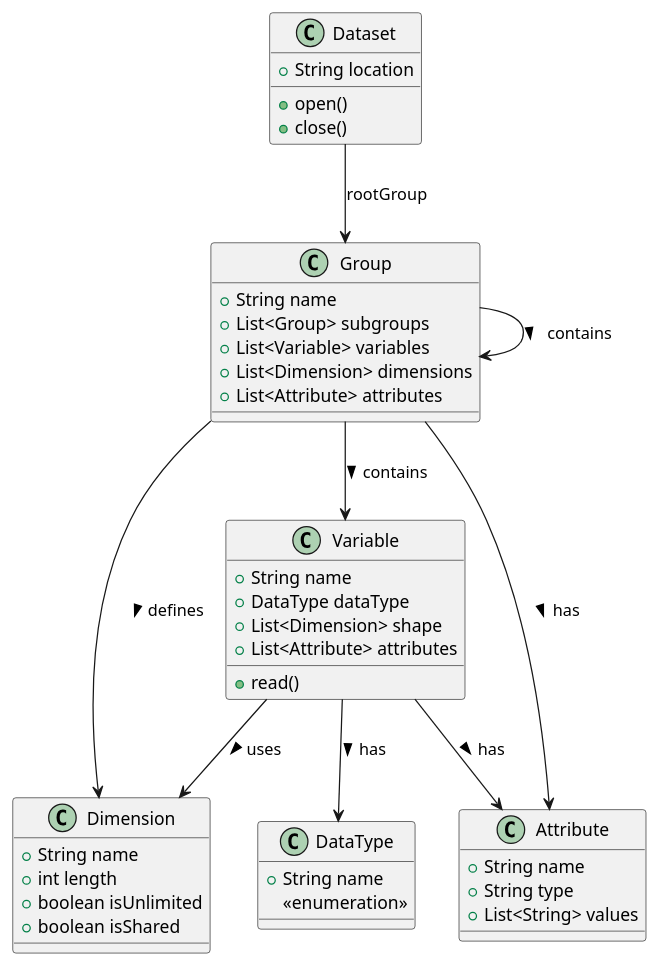
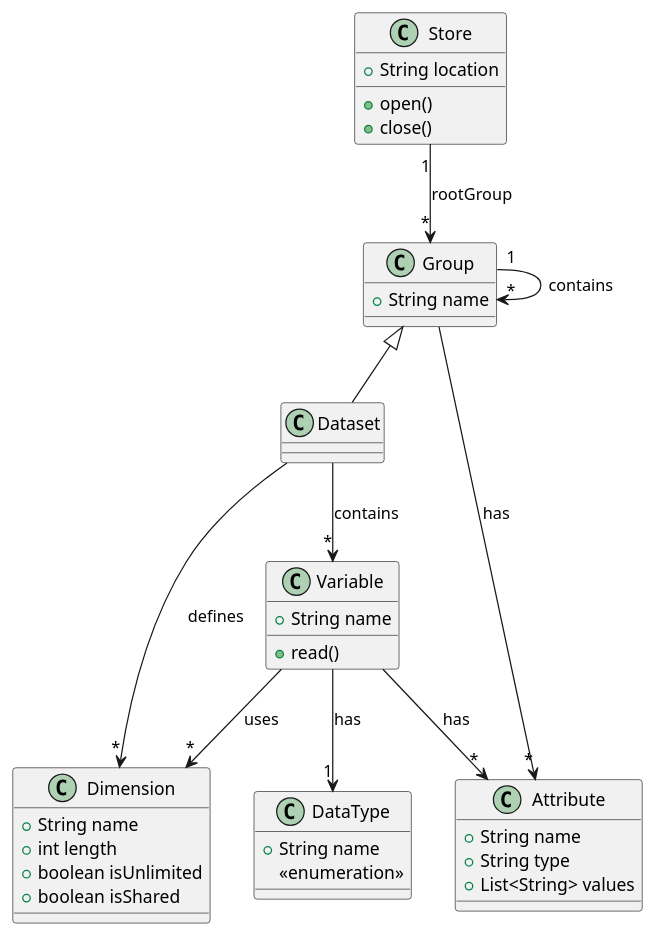
Before and after one commit to zarr-developers/geozarr-spec: the diagram in standard/template/sections/clause_7_unified_data_model.adoc, drawn with PlantUML. The commit also changed other lines of this file and 3 other files, not shown here.

```diff
--- a/standard/template/sections/clause_7_unified_data_model.adoc
+++ b/standard/template/sections/clause_7_unified_data_model.adoc
@@ -128,54 +128,51 @@
 [plantuml, cdm_model, svg, opts="debug"]
 ....
 @startuml CDM_DAL_Object_Model
 
-class Dataset {
+class Store {
     + String location
     + open()
     + close()
 }
 
 class Group {
     + String name
-    + List<Group> subgroups
-    + List<Variable> variables
-    + List<Dimension> dimensions
-    + List<Attribute> attributes
+}
+
+class Dataset {
 }
 
 class Dimension {
     + String name
     + int length
     + boolean isUnlimited
     + boolean isShared
 }
 
 class Variable {
     + String name
-    + DataType dataType
-    + List<Dimension> shape
-    + List<Attribute> attributes
     + read()
 }
 
 class DataType {
     + String name
     <<enumeration>>
 }
 
 class Attribute {
     + String name
     + String type
     + List<String> values
 }
 
-Dataset --> Group : rootGroup
-Group --> Group : contains >
-Group --> Variable : contains >
-Group --> Dimension : defines >
-Group --> Attribute : has >
-Variable --> Dimension : uses >
-Variable --> DataType : has >
-Variable --> Attribute : has >
+Store "1" --> "*" Group : rootGroup
+Group "1" --> "*" Group : contains
+Dataset -up-|> Group
+Dataset --> "*" Variable : contains
+Dataset --> "*" Dimension : defines
+Group --> "*" Attribute : has
+Variable --> "*" Dimension : uses
+Variable --> "1" DataType : has
+Variable --> "*" Attribute : has
 @enduml
 ....
```
